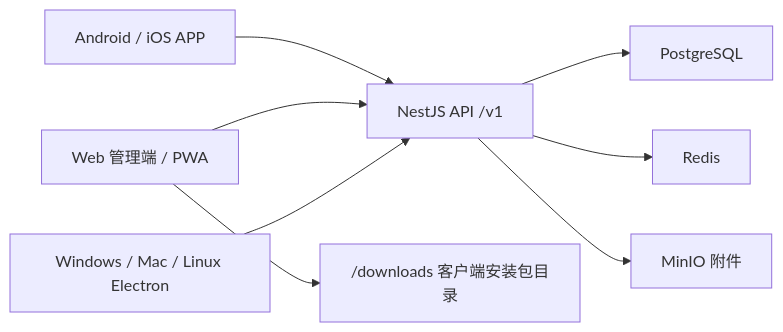
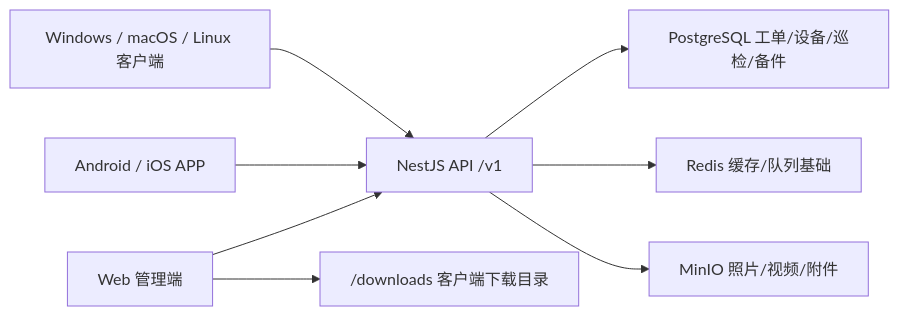
One commit to tony-wang1990/W-Light changed the diagram in README.md. Above: the diagram before and after it, drawn with Mermaid. The commit also changed other lines of this file, not shown here.

````diff
--- a/README.md
+++ b/README.md
@@ -47,10 +24,10 @@
 ```mermaid
 flowchart LR
-  Mobile["Android / iOS APP"] --> Api["NestJS API /v1"]
-  Web["Web 管理端 / PWA"] --> Api
-  Desktop["Windows / Mac / Linux Electron"] --> Api
-  Api --> Pg["PostgreSQL"]
-  Api --> Redis["Redis"]
-  Api --> Minio["MinIO 附件"]
-  Web --> Downloads["/downloads 客户端安装包目录"]
+  Web["Web 管理端"] --> Api["NestJS API /v1"]
+  Mobile["Android / iOS APP"] --> Api
+  Desktop["Windows / macOS / Linux 客户端"] --> Api
+  Api --> Pg["PostgreSQL 工单/设备/巡检/备件"]
+  Api --> Redis["Redis 缓存/队列基础"]
+  Api --> Minio["MinIO 照片/视频/附件"]
+  Web --> Downloads["/downloads 客户端下载目录"]
 ```
````
